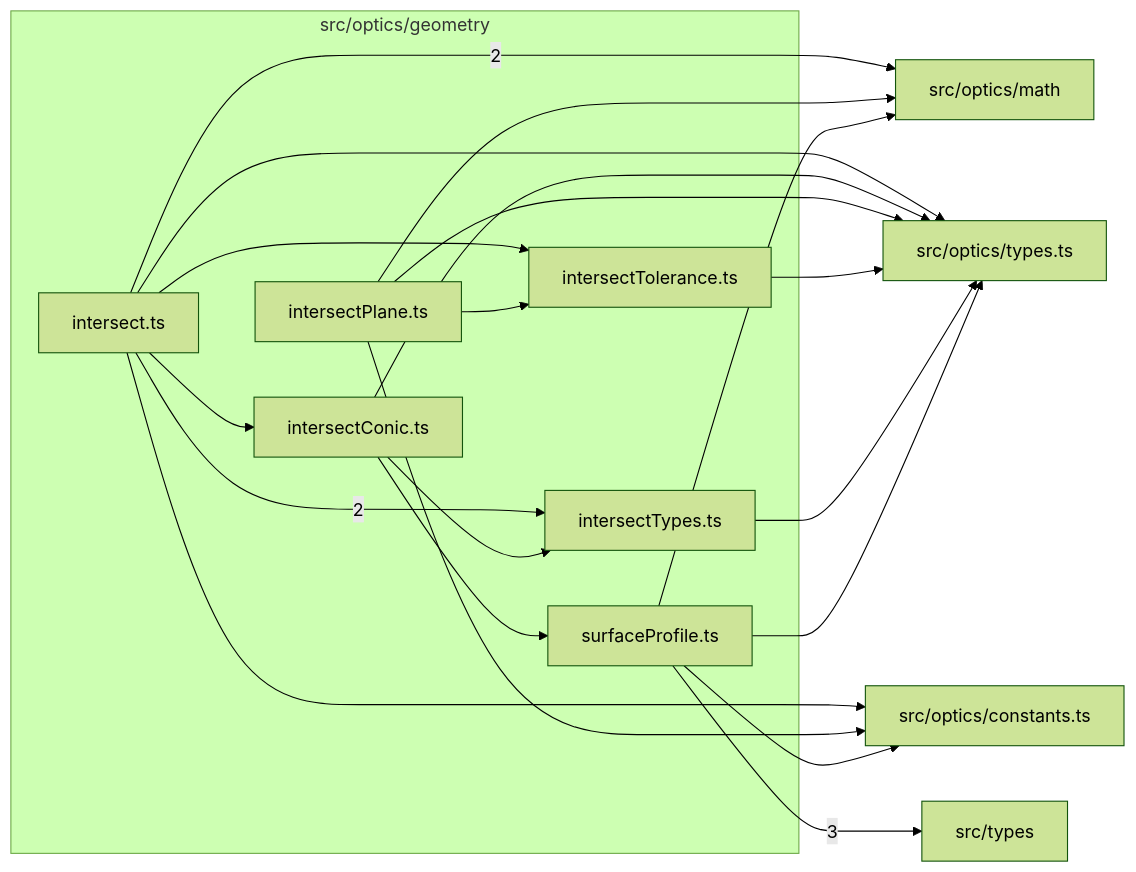
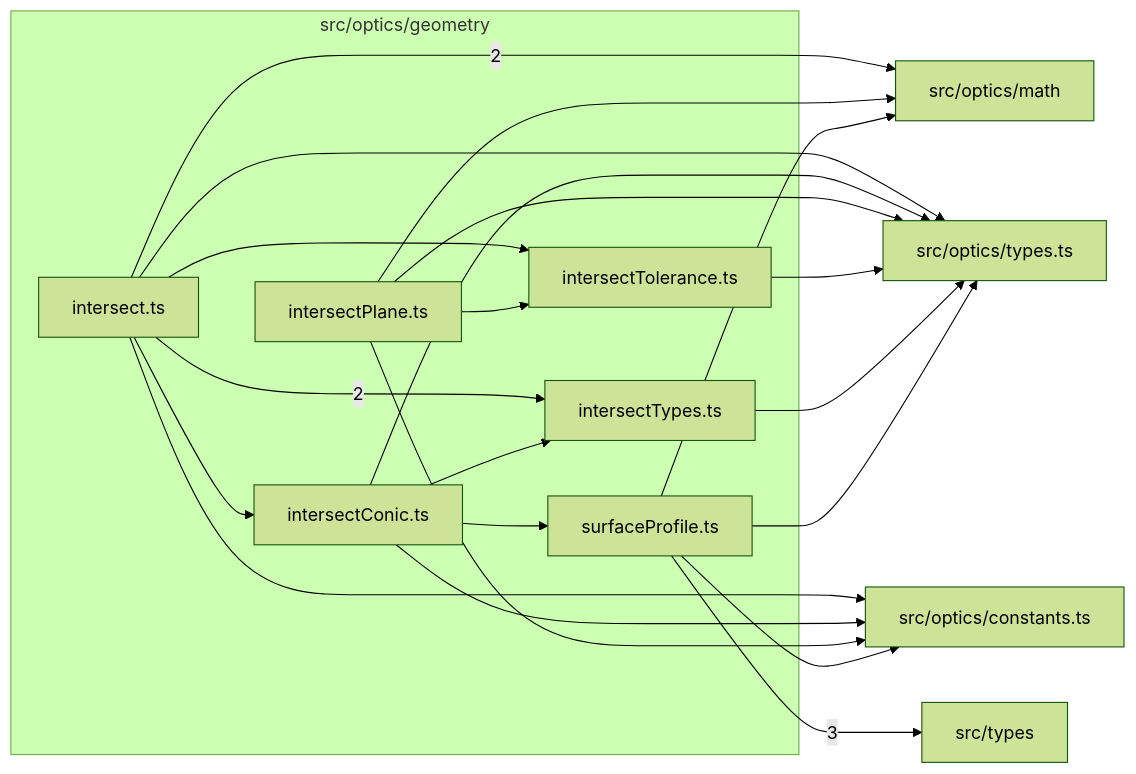
The diagram in src/optics/geometry/readme.md (ronbuening/LensVisualizer), drawn with Mermaid (forest theme) before and after one commit. The commit also changed other lines of this file and 4 other files, not shown here.

````diff
--- a/src/optics/geometry/readme.md
+++ b/src/optics/geometry/readme.md
@@ -9,34 +9,35 @@
 ```mermaid
 flowchart LR
   subgraph n_src_optics_geometry["src/optics/geometry"]
     n_src_optics_geometry_src_optics_geometry_intersect_ts["intersect.ts"]
     n_src_optics_geometry_src_optics_geometry_intersectConic_ts["intersectConic.ts"]
     n_src_optics_geometry_src_optics_geometry_intersectPlane_ts["intersectPlane.ts"]
     n_src_optics_geometry_src_optics_geometry_intersectTolerance_ts["intersectTolerance.ts"]
     n_src_optics_geometry_src_optics_geometry_intersectTypes_ts["intersectTypes.ts"]
     n_src_optics_geometry_src_optics_geometry_surfaceProfile_ts["surfaceProfile.ts"]
   end
   n_external_src_types["src/types"]
   n_external_src_optics_math["src/optics/math"]
   n_external_src_optics_constants_ts["src/optics/constants.ts"]
   n_external_src_optics_types_ts["src/optics/types.ts"]
   n_src_optics_geometry_src_optics_geometry_surfaceProfile_ts --> |3| n_external_src_types
   n_src_optics_geometry_src_optics_geometry_intersect_ts --> |2| n_external_src_optics_math
   n_src_optics_geometry_src_optics_geometry_intersect_ts --> |2| n_src_optics_geometry_src_optics_geometry_intersectTypes_ts
   n_src_optics_geometry_src_optics_geometry_intersect_ts --> n_external_src_optics_constants_ts
+  n_src_optics_geometry_src_optics_geometry_intersectConic_ts --> n_external_src_optics_constants_ts
   n_src_optics_geometry_src_optics_geometry_intersectPlane_ts --> n_external_src_optics_constants_ts
   n_src_optics_geometry_src_optics_geometry_surfaceProfile_ts --> n_external_src_optics_constants_ts
   n_src_optics_geometry_src_optics_geometry_intersectPlane_ts --> n_external_src_optics_math
   n_src_optics_geometry_src_optics_geometry_surfaceProfile_ts --> n_external_src_optics_math
   n_src_optics_geometry_src_optics_geometry_intersect_ts --> n_external_src_optics_types_ts
   n_src_optics_geometry_src_optics_geometry_intersectConic_ts --> n_external_src_optics_types_ts
   n_src_optics_geometry_src_optics_geometry_intersectPlane_ts --> n_external_src_optics_types_ts
   n_src_optics_geometry_src_optics_geometry_intersectTolerance_ts --> n_external_src_optics_types_ts
   n_src_optics_geometry_src_optics_geometry_intersectTypes_ts --> n_external_src_optics_types_ts
   n_src_optics_geometry_src_optics_geometry_surfaceProfile_ts --> n_external_src_optics_types_ts
   n_src_optics_geometry_src_optics_geometry_intersect_ts --> n_src_optics_geometry_src_optics_geometry_intersectConic_ts
   n_src_optics_geometry_src_optics_geometry_intersect_ts --> n_src_optics_geometry_src_optics_geometry_intersectTolerance_ts
   n_src_optics_geometry_src_optics_geometry_intersectPlane_ts --> n_src_optics_geometry_src_optics_geometry_intersectTolerance_ts
   n_src_optics_geometry_src_optics_geometry_intersectConic_ts --> n_src_optics_geometry_src_optics_geometry_intersectTypes_ts
   n_src_optics_geometry_src_optics_geometry_intersectConic_ts --> n_src_optics_geometry_src_optics_geometry_surfaceProfile_ts
 ```
````
